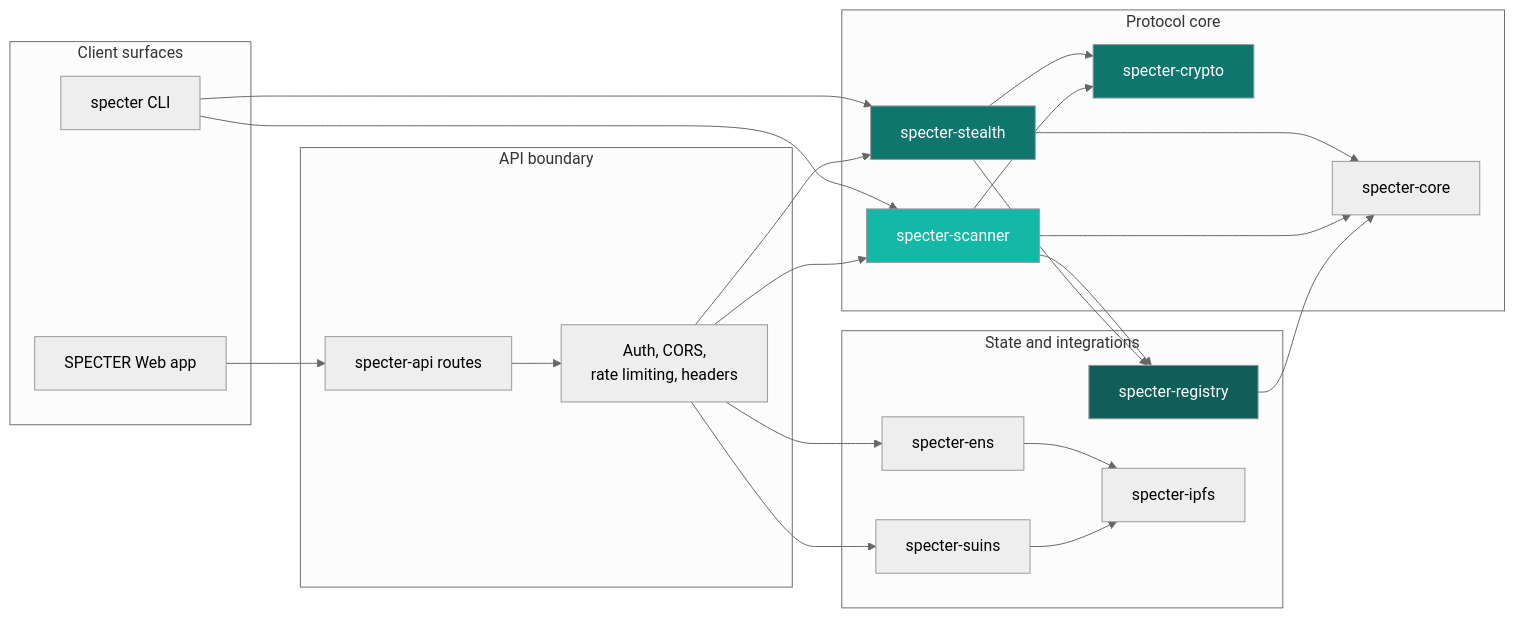
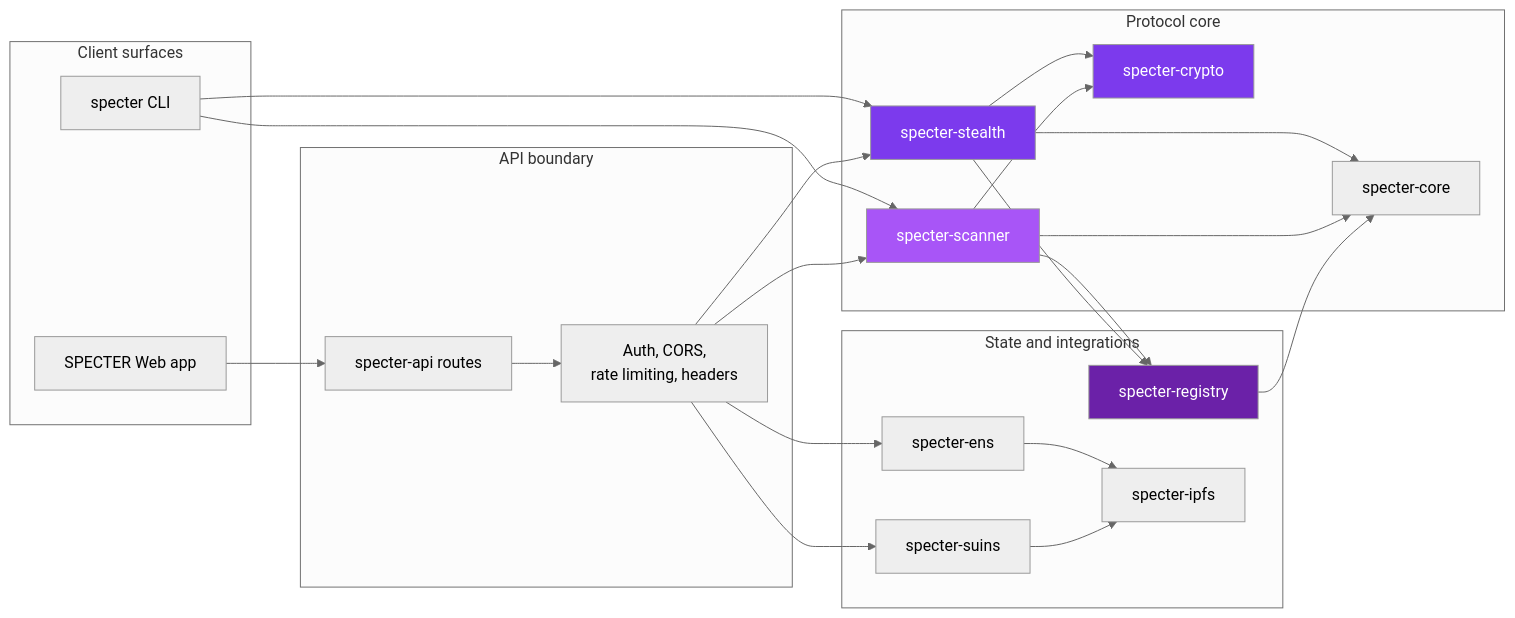
Before and after one commit to specter-privacy/docs: the first of 3 diagrams in docs/how-it-works/architecture.mdx, drawn with Mermaid (neutral theme). The commit also changed other lines of this file and 81 other files, not shown here.

````diff
--- a/docs/how-it-works/architecture.mdx
+++ b/docs/how-it-works/architecture.mdx
@@ -10,51 +10,51 @@
 ```mermaid
 flowchart LR
     subgraph Client["Client surfaces"]
         UI["SPECTER Web app"]
         CLI["specter CLI"]
     end
 
     subgraph API["API boundary"]
         Routes["specter-api routes"]
         MW["Auth, CORS,\nrate limiting, headers"]
     end
 
     subgraph Core["Protocol core"]
         CoreTypes["specter-core"]
         Crypto["specter-crypto"]
         Stealth["specter-stealth"]
         Scanner["specter-scanner"]
     end
 
     subgraph Services["State and integrations"]
         Registry["specter-registry"]
         ENS["specter-ens"]
         SuiNS["specter-suins"]
         IPFS["specter-ipfs"]
     end
 
     UI --> Routes
     CLI --> Stealth
     CLI --> Scanner
 
     Routes --> MW
     MW --> Stealth
     MW --> Scanner
     MW --> ENS
     MW --> SuiNS
 
     Stealth --> Crypto
     Scanner --> Registry
     Scanner --> Crypto
     ENS --> IPFS
     SuiNS --> IPFS
     Stealth --> Registry
     Stealth --> CoreTypes
     Scanner --> CoreTypes
     Registry --> CoreTypes
 
-    style Crypto fill:#0F766E,color:#fff
-    style Stealth fill:#0F766E,color:#fff
-    style Scanner fill:#14B8A6,color:#fff
-    style Registry fill:#115E59,color:#fff
+    style Crypto fill:#7c3aed,color:#fff
+    style Stealth fill:#7c3aed,color:#fff
+    style Scanner fill:#a855f7,color:#fff
+    style Registry fill:#6b21a8,color:#fff
 ```
````
